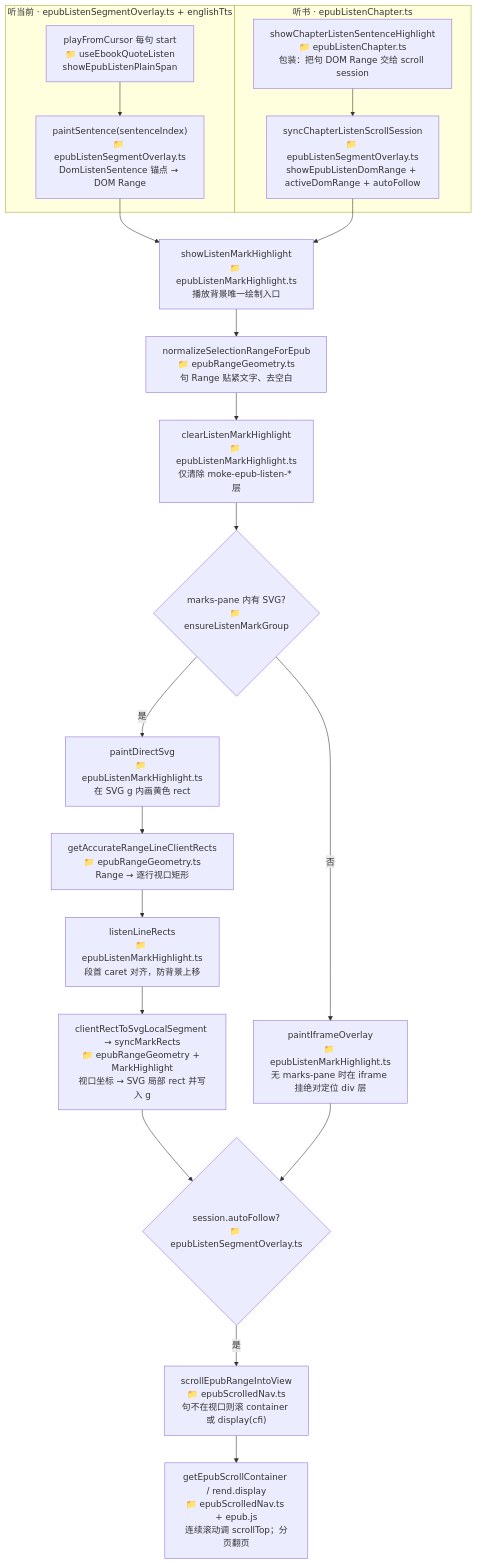
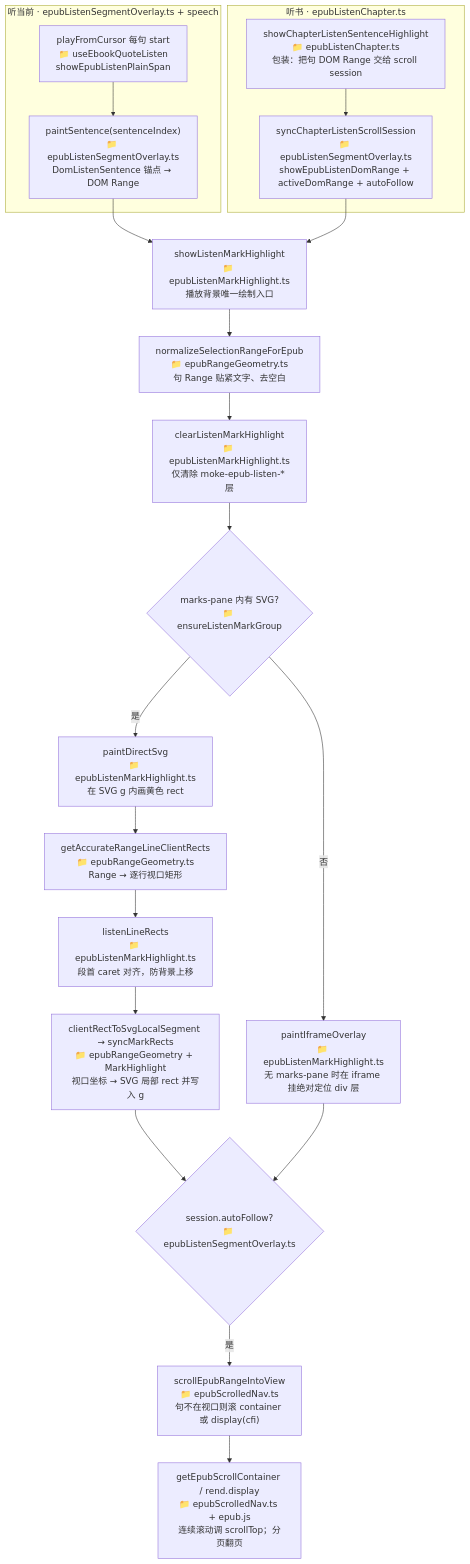
One commit to dnhyxc/dnhyxc-ai changed the third of 4 diagrams in docs/ebook/developer/epub-mark-layers-shared.md. Above: the diagram before and after it, drawn with Mermaid. The commit also changed 111 other files, not shown here.

````diff
--- a/docs/ebook/developer/epub-mark-layers-shared.md
+++ b/docs/ebook/developer/epub-mark-layers-shared.md
@@ -196,33 +196,33 @@
 ```mermaid
 flowchart TD
-  subgraph quote ["听当前 · epubListenSegmentOverlay.ts + englishTts"]
+  subgraph quote ["听当前 · epubListenSegmentOverlay.ts + speech"]
     Q1["playFromCursor 每句 start<br/>📁 useEbookQuoteListen<br/>showEpubListenPlainSpan"]
     Q2["paintSentence(sentenceIndex)<br/>📁 epubListenSegmentOverlay.ts<br/>DomListenSentence 锚点 → DOM Range"]
   end
   subgraph chapter ["听书 · epubListenChapter.ts"]
     C1["showChapterListenSentenceHighlight<br/>📁 epubListenChapter.ts<br/>包装：把句 DOM Range 交给 scroll session"]
     C2["syncChapterListenScrollSession<br/>📁 epubListenSegmentOverlay.ts<br/>showEpubListenDomRange + activeDomRange + autoFollow"]
   end
 
   S["showListenMarkHighlight<br/>📁 epubListenMarkHighlight.ts<br/>播放背景唯一绘制入口"]
   N["normalizeSelectionRangeForEpub<br/>📁 epubRangeGeometry.ts<br/>句 Range 贴紧文字、去空白"]
   CLR["clearListenMarkHighlight<br/>📁 epubListenMarkHighlight.ts<br/>仅清除 moke-epub-listen-* 层"]
   P{"marks-pane 内有 SVG?<br/>📁 ensureListenMarkGroup"}
   SVG["paintDirectSvg<br/>📁 epubListenMarkHighlight.ts<br/>在 SVG g 内画黄色 rect"]
   G1["getAccurateRangeLineClientRects<br/>📁 epubRangeGeometry.ts<br/>Range → 逐行视口矩形"]
   G2["listenLineRects<br/>📁 epubListenMarkHighlight.ts<br/>段首 caret 对齐，防背景上移"]
   G3["clientRectToSvgLocalSegment → syncMarkRects<br/>📁 epubRangeGeometry + MarkHighlight<br/>视口坐标 → SVG 局部 rect 并写入 g"]
   IFR["paintIframeOverlay<br/>📁 epubListenMarkHighlight.ts<br/>无 marks-pane 时在 iframe 挂绝对定位 div 层"]
   AF{"session.autoFollow?<br/>📁 epubListenSegmentOverlay.ts"}
   SCROLL["scrollEpubRangeIntoView<br/>📁 epubScrolledNav.ts<br/>句不在视口则滚 container 或 display(cfi)"]
   SN["getEpubScrollContainer / rend.display<br/>📁 epubScrolledNav.ts + epub.js<br/>连续滚动调 scrollTop；分页翻页"]
 
   Q1 --> Q2 --> S
   C1 --> C2 --> S
   S --> N --> CLR --> P
   P -->|是| SVG --> G1 --> G2 --> G3
   P -->|否| IFR
   G3 --> AF
   IFR --> AF
   AF -->|是| SCROLL --> SN
 ```
````
